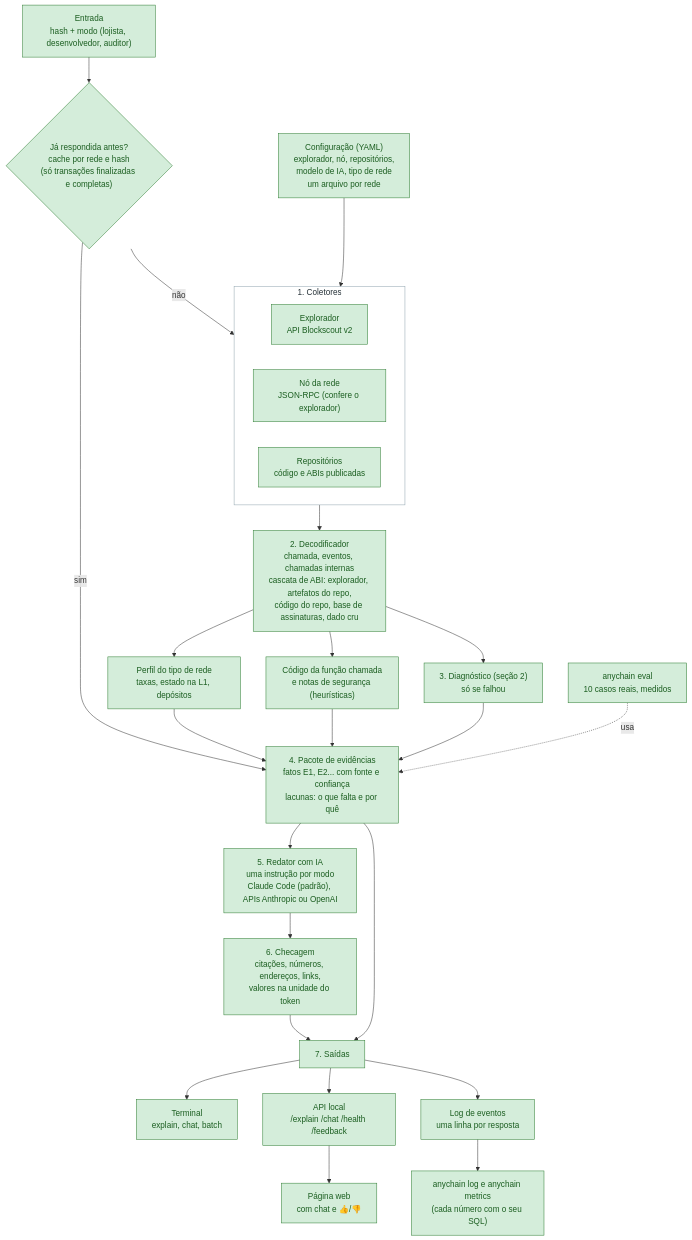
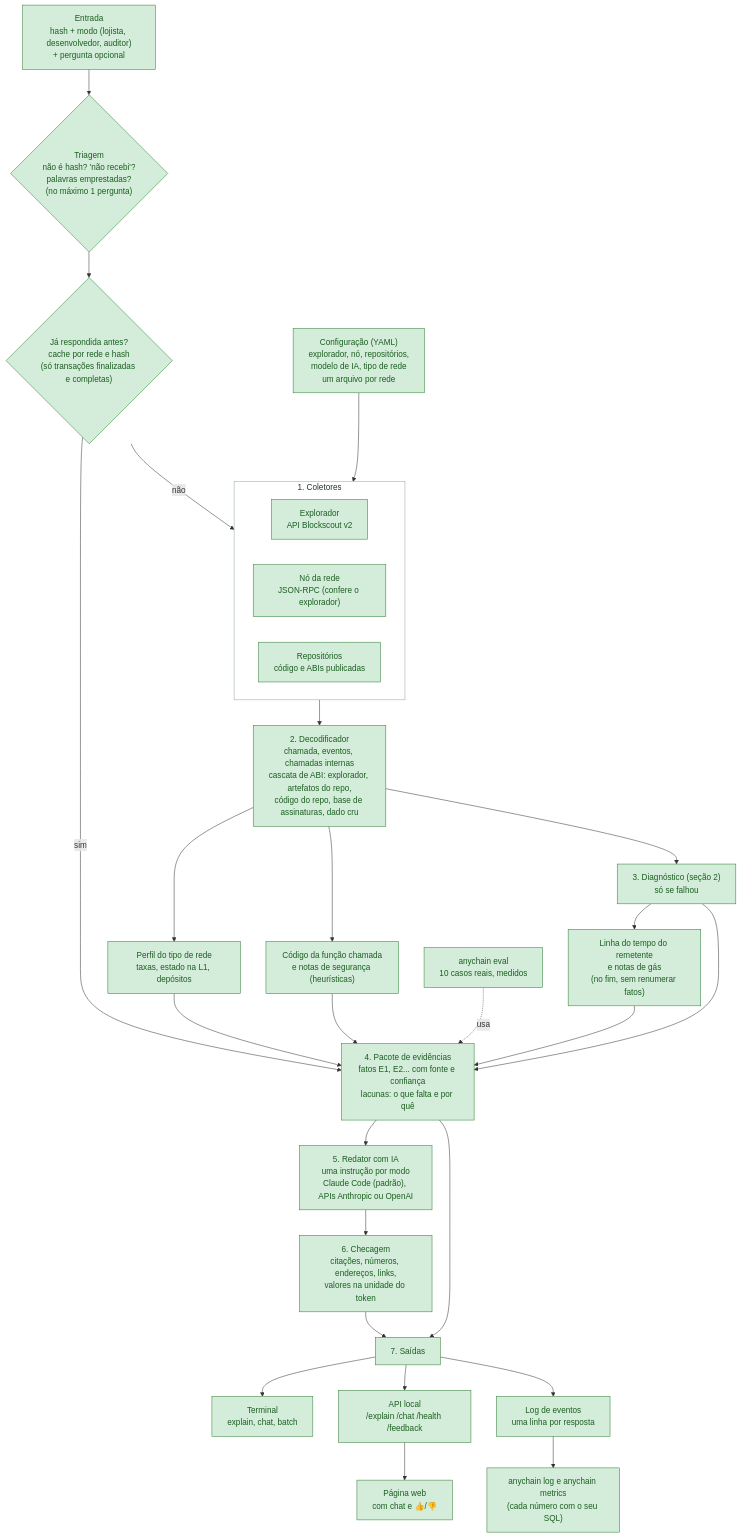
One commit to Ebaoj/anychain changed the second of 9 diagrams in docs/ARCHITECTURE.pt-BR.md. Above: the diagram before and after it, drawn with Mermaid. The commit also changed other lines of this file and 1 other file, not shown here.

Commit message:
Architecture docs: Phase 4 (triage, timeline, gas notes, Docker)
Claude-Session: https://claude.ai/code/session_01JNFV8kYiVTWjHAaAxCWpmZ

````diff
--- a/docs/ARCHITECTURE.pt-BR.md
+++ b/docs/ARCHITECTURE.pt-BR.md
@@ -46,38 +46,41 @@
 ```mermaid
 flowchart TD
-    IN["Entrada<br/>hash + modo (lojista, desenvolvedor, auditor)"] --> CACHE
+    IN["Entrada<br/>hash + modo (lojista, desenvolvedor, auditor)<br/>+ pergunta opcional"] --> TRI{"Triagem<br/>não é hash? 'não recebi'?<br/>palavras emprestadas?<br/>(no máximo 1 pergunta)"}
+    TRI --> CACHE
     CACHE{"Já respondida antes?<br/>cache por rede e hash<br/>(só transações finalizadas e completas)"} -->|sim| BUN
     CACHE -->|não| COL
     CFG["Configuração (YAML)<br/>explorador, nó, repositórios,<br/>modelo de IA, tipo de rede<br/>um arquivo por rede"] --> COL
 
     subgraph COL["1. Coletores"]
         EXP["Explorador<br/>API Blockscout v2"]
         RPC["Nó da rede<br/>JSON-RPC (confere o explorador)"]
         REPO["Repositórios<br/>código e ABIs publicadas"]
     end
 
     COL --> DEC["2. Decodificador<br/>chamada, eventos, chamadas internas<br/>cascata de ABI: explorador, artefatos do repo,<br/>código do repo, base de assinaturas, dado cru"]
     DEC --> PRO["Perfil do tipo de rede<br/>taxas, estado na L1, depósitos"]
     DEC --> CODE["Código da função chamada<br/>e notas de segurança (heurísticas)"]
     DEC --> DIAG["3. Diagnóstico (seção 2)<br/>só se falhou"]
+    DIAG --> TL["Linha do tempo do remetente<br/>e notas de gás<br/>(no fim, sem renumerar fatos)"]
+    TL --> BUN
     PRO --> BUN
     CODE --> BUN
     DIAG --> BUN
 
     BUN["4. Pacote de evidências<br/>fatos E1, E2... com fonte e confiança<br/>lacunas: o que falta e por quê"]
     BUN --> WRI["5. Redator com IA<br/>uma instrução por modo<br/>Claude Code (padrão), APIs Anthropic ou OpenAI"]
     WRI --> VAL["6. Checagem<br/>citações, números, endereços, links,<br/>valores na unidade do token"]
     VAL --> OUT["7. Saídas"]
     BUN --> OUT
 
     OUT --> CLI["Terminal<br/>explain, chat, batch"]
     OUT --> API["API local<br/>/explain /chat /health /feedback"]
     API --> PAGE["Página web<br/>com chat e 👍/👎"]
     OUT --> LOG["Log de eventos<br/>uma linha por resposta"]
     LOG --> MET["anychain log e anychain metrics<br/>(cada número com o seu SQL)"]
     EVAL["anychain eval<br/>10 casos reais, medidos"] -.usa.-> BUN
 
     classDef done fill:#d4edda,stroke:#2e7d32,color:#1b5e20
-    class IN,CACHE,CFG,EXP,RPC,REPO,DEC,PRO,CODE,DIAG,BUN,WRI,VAL,OUT,CLI,API,PAGE,LOG,MET,EVAL done
+    class IN,TRI,TL,CACHE,CFG,EXP,RPC,REPO,DEC,PRO,CODE,DIAG,BUN,WRI,VAL,OUT,CLI,API,PAGE,LOG,MET,EVAL done
     style COL fill:#ffffff,stroke:#90a4ae,color:#263238
 ```
````
